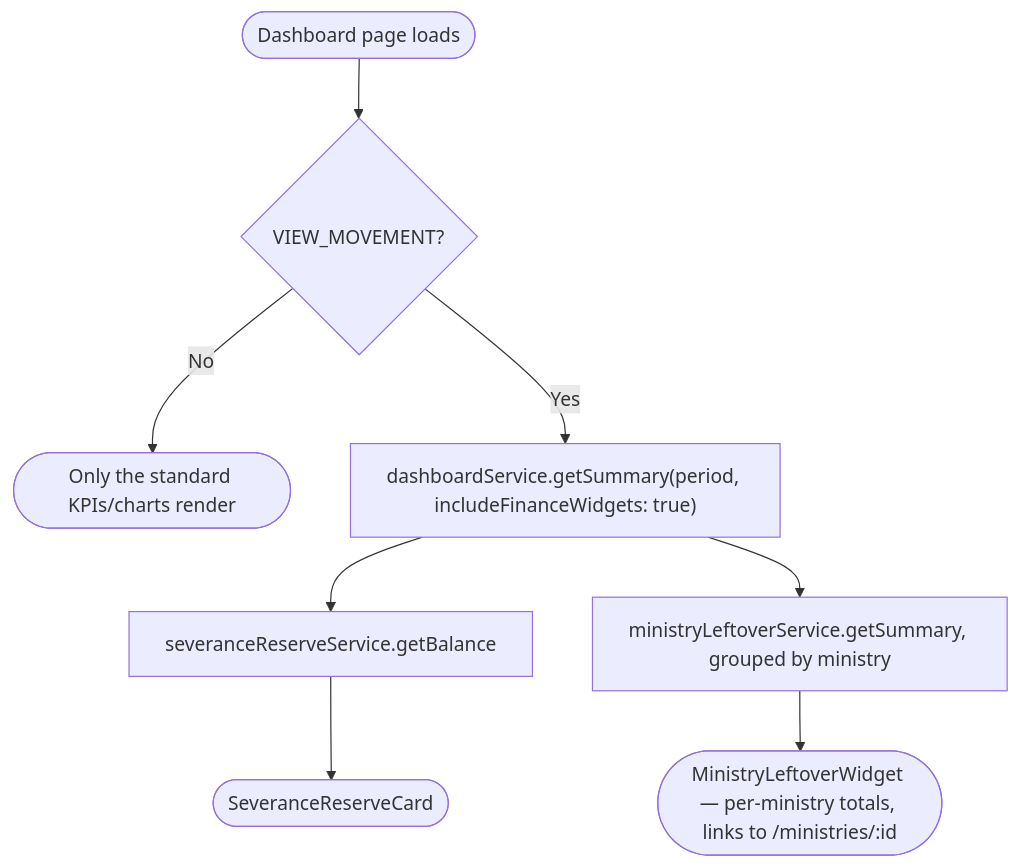
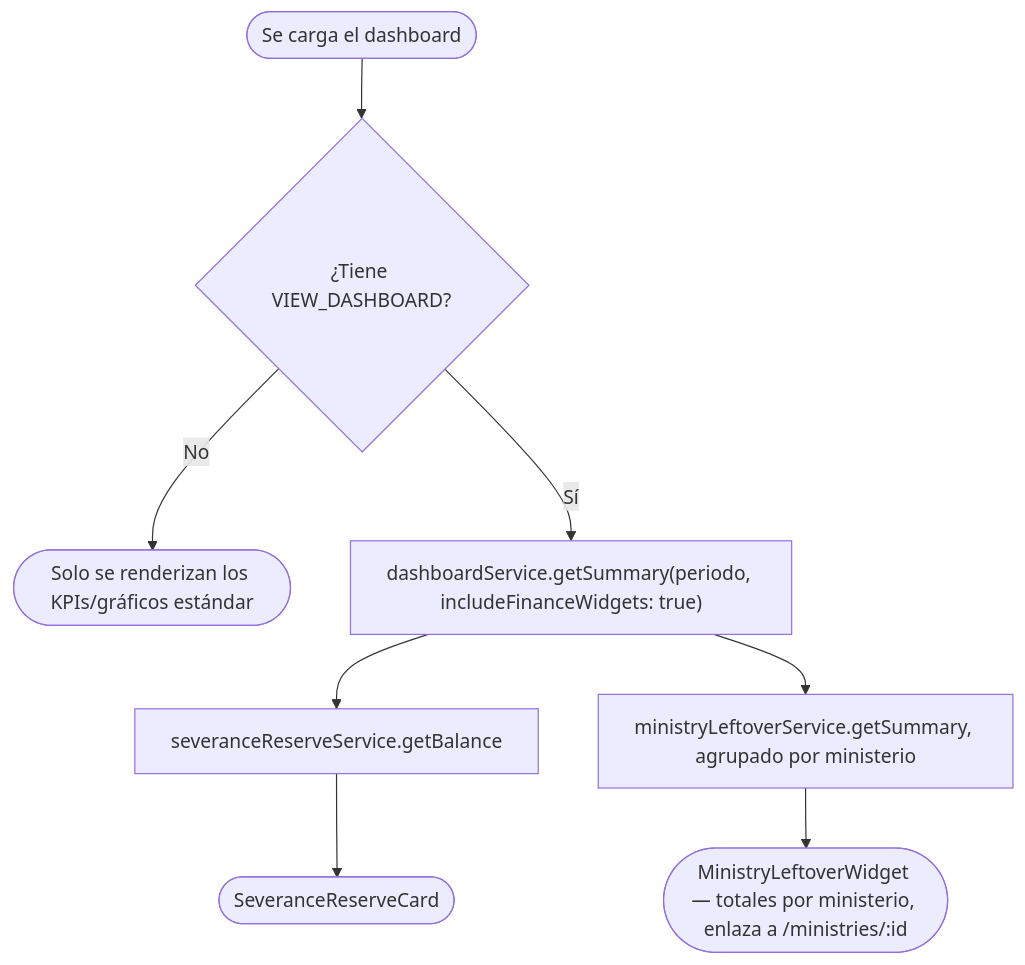
Before and after one commit to Torfel0312/sistema_contable_pibt: the tenth of 11 diagrams in docs/flows.md, drawn with Mermaid. The commit also changed other lines of this file and 11 other files, not shown here.

Commit message:
docs: refresh roles/permissions/auth docs and translate diagrams to Spanish (#83)

````diff
--- a/docs/flows.md
+++ b/docs/flows.md
@@ -241,9 +245,9 @@
 ```mermaid
 flowchart TD
-    A([Dashboard page loads]) --> B{VIEW_MOVEMENT?}
-    B -- No --> C([Only the standard KPIs/charts render])
-    B -- Yes --> D["dashboardService.getSummary(period, includeFinanceWidgets: true)"]
-    D --> E[severanceReserveService.getBalance] & F[ministryLeftoverService.getSummary, grouped by ministry]
-    E --> G([SeveranceReserveCard])
-    F --> H([MinistryLeftoverWidget — per-ministry totals, links to /ministries/:id])
+    A(["Se carga el dashboard"]) --> B{"¿Tiene VIEW_DASHBOARD?"}
+    B -- No --> C(["Solo se renderizan los KPIs/gráficos estándar"])
+    B -- Sí --> D["dashboardService.getSummary(periodo, includeFinanceWidgets: true)"]
+    D --> E[severanceReserveService.getBalance] & F[ministryLeftoverService.getSummary, agrupado por ministerio]
+    E --> G(["SeveranceReserveCard"])
+    F --> H(["MinistryLeftoverWidget — totales por ministerio, enlaza a /ministries/:id"])
 ```
````
